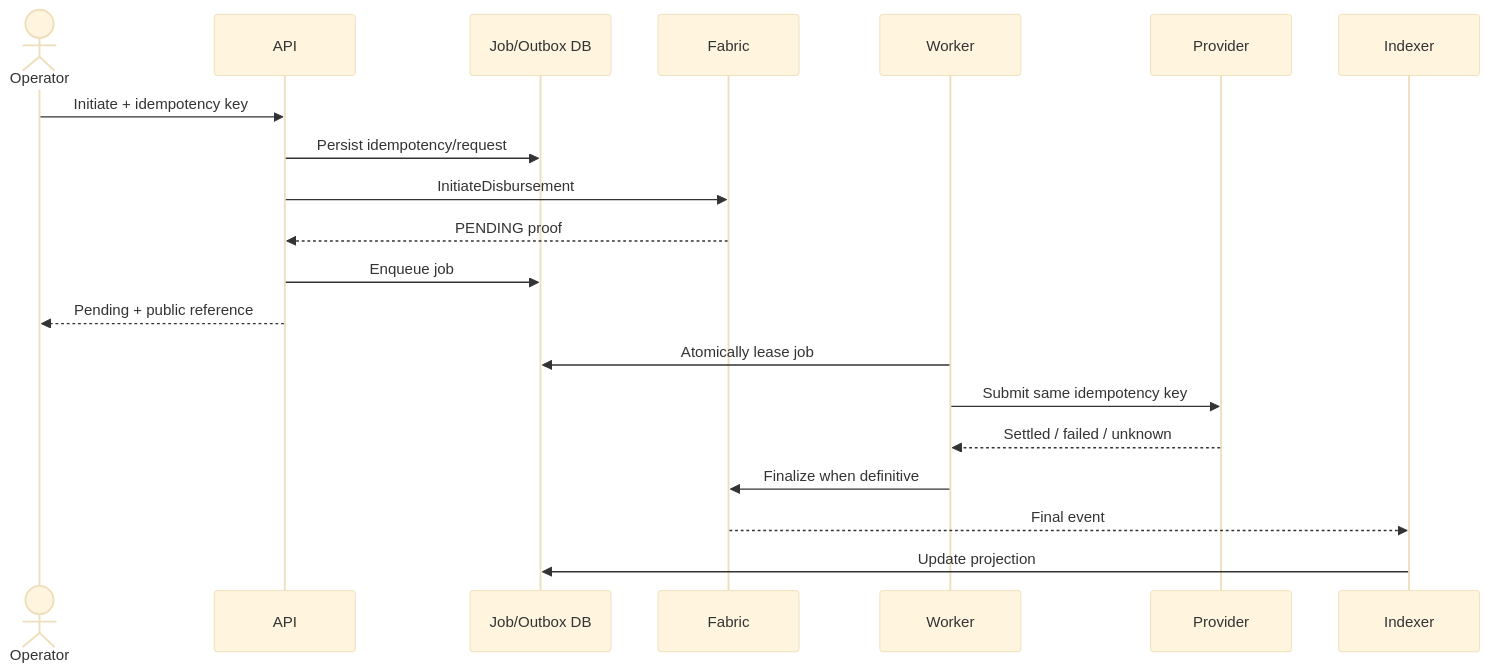
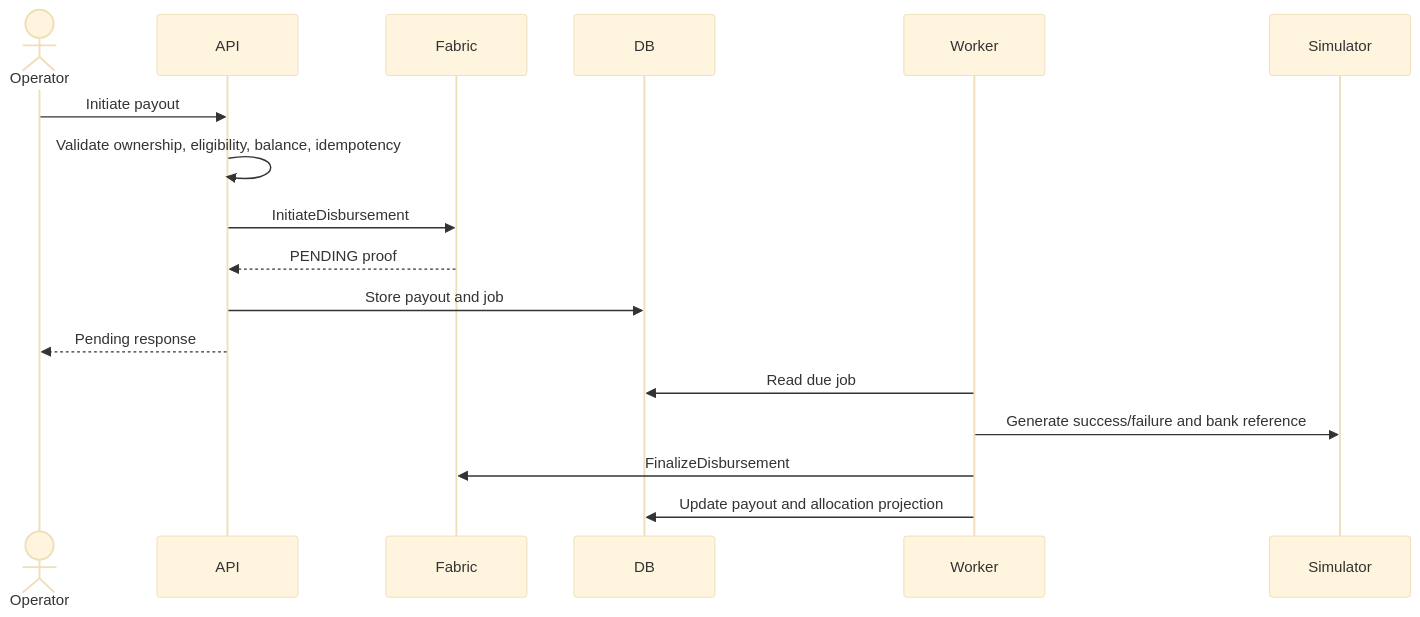
One commit to kensh1ken/ReliefChain changed the fourth of 4 diagrams in ARCHITECTURE.md. Above: the diagram before and after it, drawn with Mermaid (base theme). The commit also changed other lines of this file, not shown here.

````diff
--- a/ARCHITECTURE.md
+++ b/ARCHITECTURE.md
@@ -225,22 +255,19 @@
 ```mermaid
 sequenceDiagram
     actor Operator
     participant API
-    participant DB as Job/Outbox DB
     participant Fabric
+    participant DB
     participant Worker
-    participant Provider
-    participant Indexer
-    Operator->>API: Initiate + idempotency key
-    API->>DB: Persist idempotency/request
+    participant Simulator
+    Operator->>API: Initiate payout
+    API->>API: Validate ownership, eligibility, balance, idempotency
     API->>Fabric: InitiateDisbursement
     Fabric-->>API: PENDING proof
-    API->>DB: Enqueue job
-    API-->>Operator: Pending + public reference
-    Worker->>DB: Atomically lease job
-    Worker->>Provider: Submit same idempotency key
-    Provider-->>Worker: Settled / failed / unknown
-    Worker->>Fabric: Finalize when definitive
-    Fabric-->>Indexer: Final event
-    Indexer->>DB: Update projection
+    API->>DB: Store payout and job
+    API-->>Operator: Pending response
+    Worker->>DB: Read due job
+    Worker->>Simulator: Generate success/failure and bank reference
+    Worker->>Fabric: FinalizeDisbursement
+    Worker->>DB: Update payout and allocation projection
 ```
````
